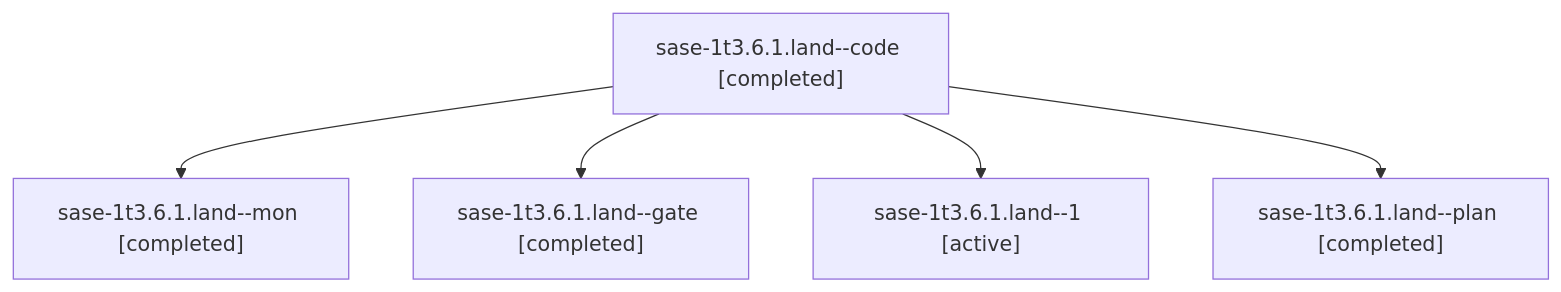
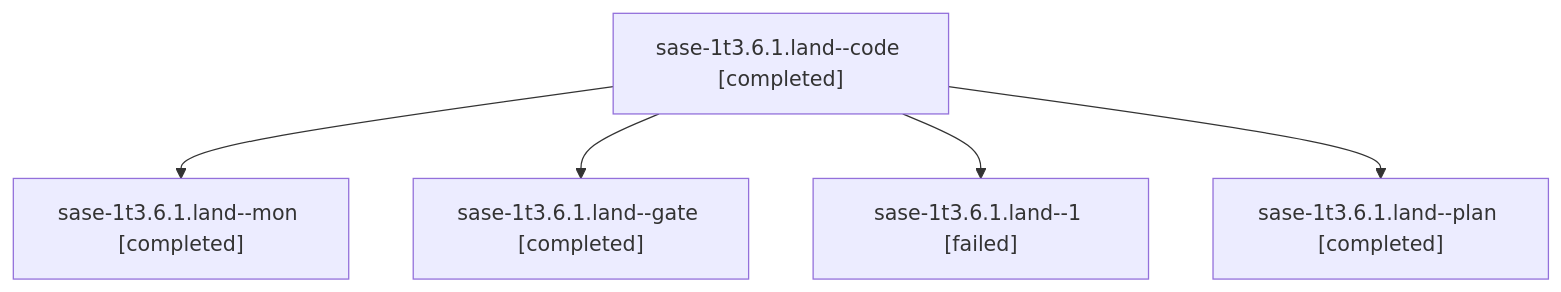
The diagram in sessions/bbugyi200.athena.sase-1t3.6.1.land.md (sase-org/sase--agents), drawn with Mermaid before and after one commit. The commit also changed other lines of this file and 99 other files, not shown here.

````diff
--- a/sessions/bbugyi200.athena.sase-1t3.6.1.land.md
+++ b/sessions/bbugyi200.athena.sase-1t3.6.1.land.md
@@ -9,12 +9,12 @@
 ```mermaid
 flowchart TD
   n0["sase-1t3.6.1.land--code [completed]"]
   n1["sase-1t3.6.1.land--mon [completed]"]
   n0 --> n1
   n2["sase-1t3.6.1.land--gate [completed]"]
   n0 --> n2
-  n3["sase-1t3.6.1.land--1 [active]"]
+  n3["sase-1t3.6.1.land--1 [failed]"]
   n0 --> n3
   n4["sase-1t3.6.1.land--plan [completed]"]
   n0 --> n4
 ```
````
